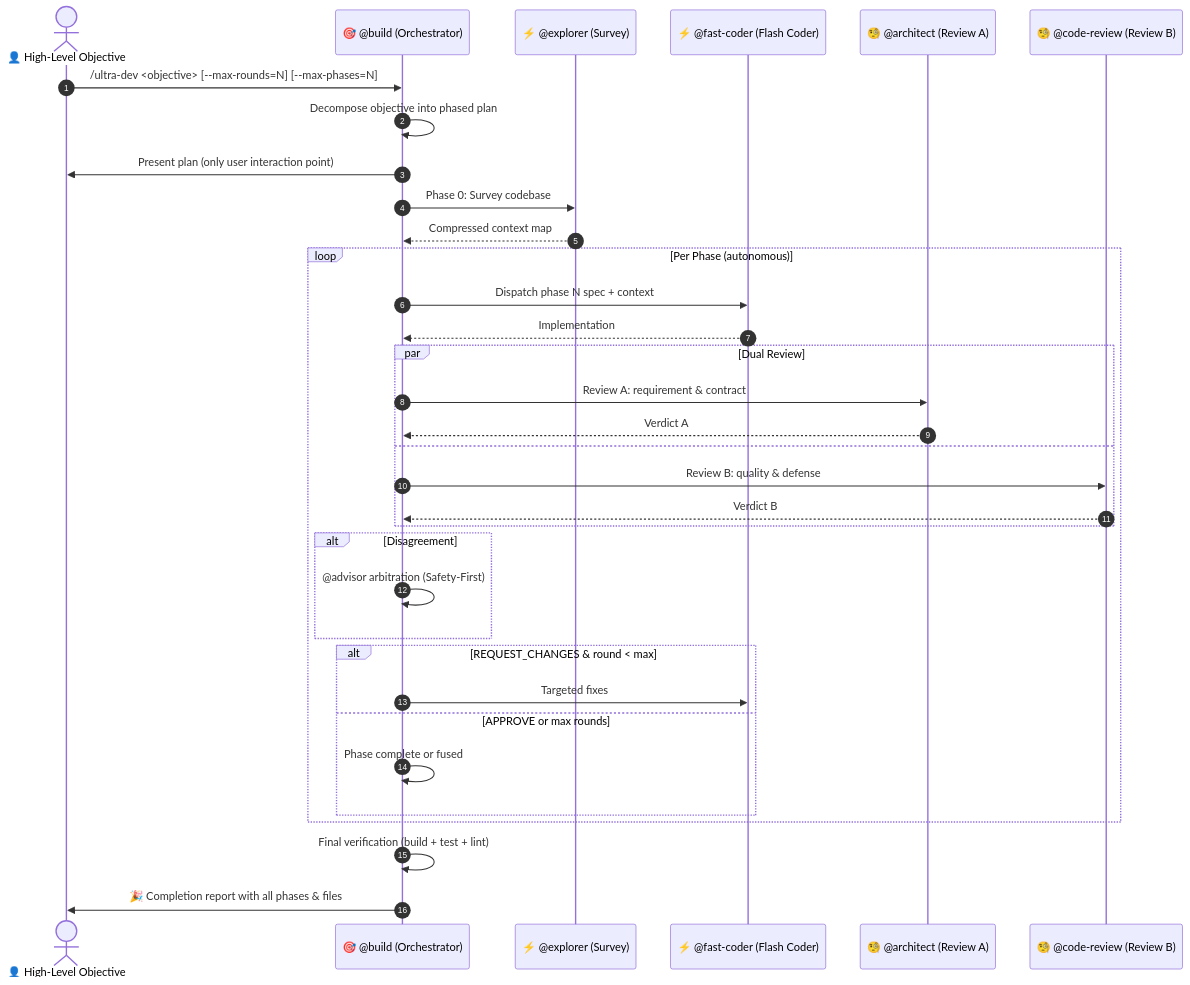
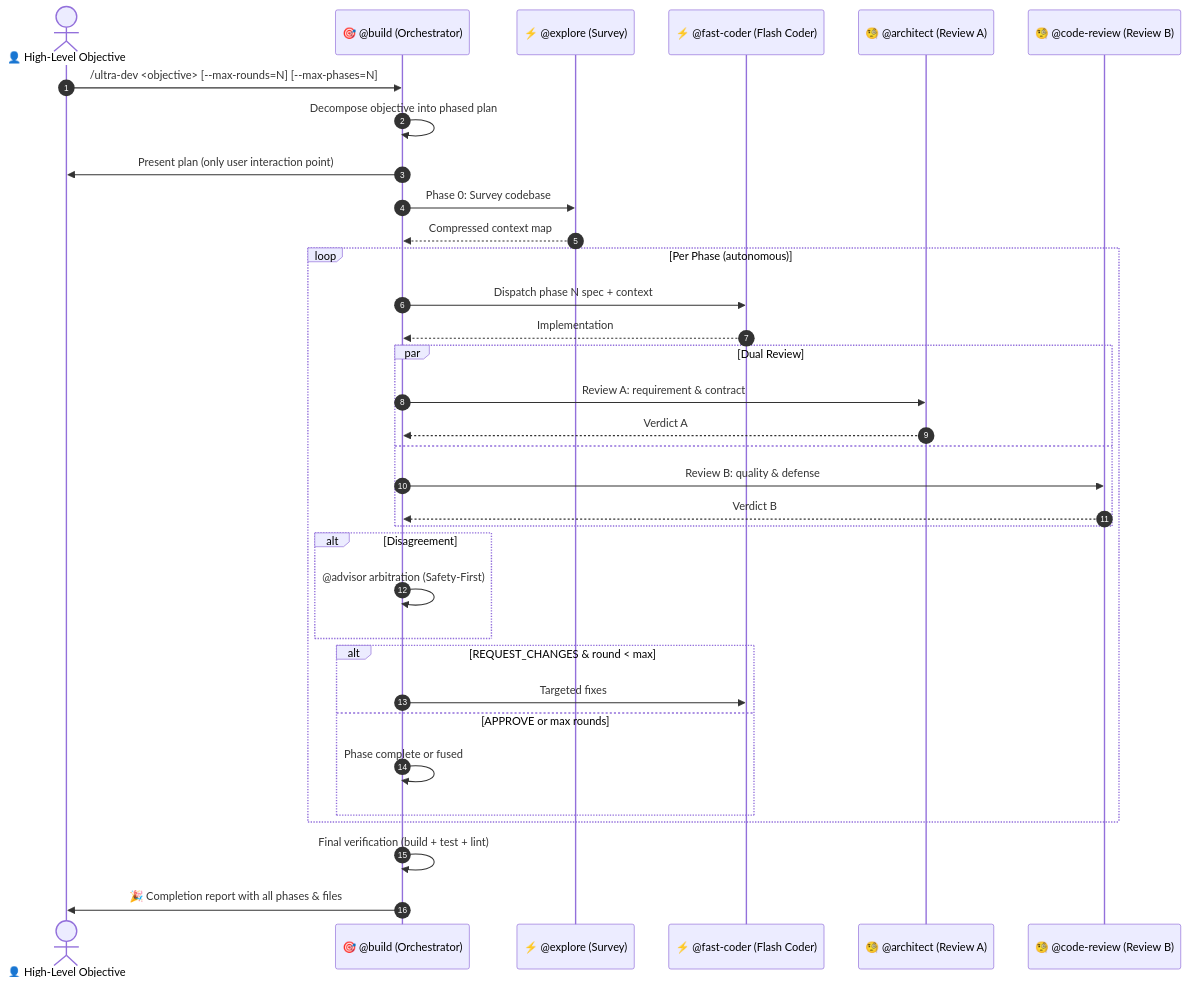
One commit to kenlin8827/opencode-config changed the first of 2 diagrams in docs/workflows/dev-loops.md. Above: the diagram before and after it, drawn with Mermaid. The commit also changed other lines of this file and 34 other files, not shown here.

````diff
--- a/docs/workflows/dev-loops.md
+++ b/docs/workflows/dev-loops.md
@@ -76,40 +76,40 @@
 ```mermaid
 sequenceDiagram
     autonumber
     actor User as 👤 High-Level Objective
     participant Build as 🎯 @build (Orchestrator)
-    participant Explorer as ⚡ @explorer (Survey)
+    participant Explorer as ⚡ @explore (Survey)
     participant FastCoder as ⚡ @fast-coder (Flash Coder)
     participant Arch as 🧐 @architect (Review A)
     participant CR as 🧐 @code-review (Review B)
 
     User->>Build: /ultra-dev <objective> [--max-rounds=N] [--max-phases=N]
     Build->>Build: Decompose objective into phased plan
     Build->>User: Present plan (only user interaction point)
 
     Build->>Explorer: Phase 0: Survey codebase
     Explorer-->>Build: Compressed context map
 
     loop Per Phase (autonomous)
         Build->>FastCoder: Dispatch phase N spec + context
         FastCoder-->>Build: Implementation
         par Dual Review
             Build->>Arch: Review A: requirement & contract
             Arch-->>Build: Verdict A
         and
             Build->>CR: Review B: quality & defense
             CR-->>Build: Verdict B
         end
         alt Disagreement
             Build->>Build: @advisor arbitration (Safety-First)
         end
         alt REQUEST_CHANGES & round < max
             Build->>FastCoder: Targeted fixes
         else APPROVE or max rounds
             Build->>Build: Phase complete or fused
         end
     end
 
     Build->>Build: Final verification (build + test + lint)
     Build->>User: 🎉 Completion report with all phases & files
 ```
````
